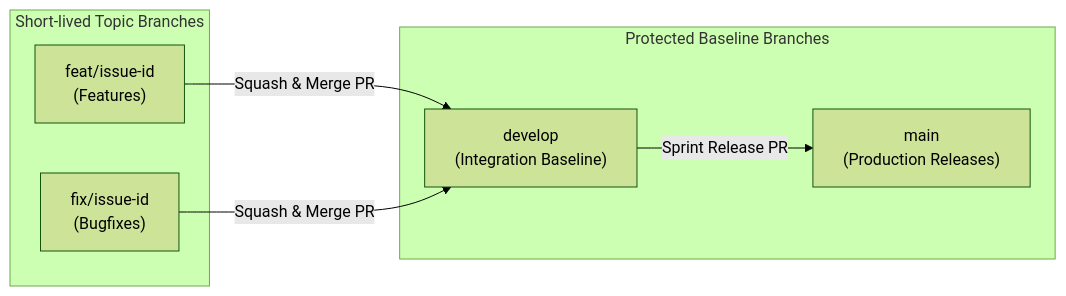
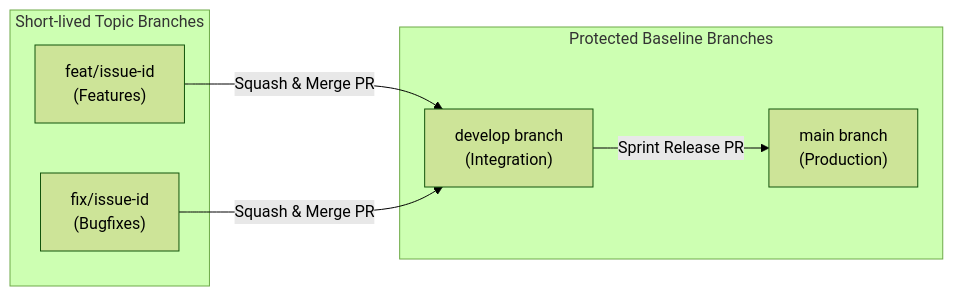
One commit to Varian08/smart-local-planner changed the third of 3 diagrams in README.md. Above: the diagram before and after it, drawn with Mermaid (forest theme). The commit also changed other lines of this file and 2 other files, not shown here.

Commit message:
docs(mermaid): break Client node into two lines and add trailing safety padding to guarantee zero text clipping

````diff
--- a/README.md
+++ b/README.md
@@ -252,16 +252,16 @@
 ```mermaid
 flowchart LR
     subgraph ProtectedBases ["Protected Baseline Branches"]
-        Main["main<br/>(Production Releases)"]
-        Develop["develop<br/>(Integration Baseline)"]
+        Main["main branch<br/>(Production)    "]
+        Develop["develop branch<br/>(Integration)    "]
     end
 
     subgraph FeatureBranches ["Short-lived Topic Branches"]
-        FeatBranch["feat/issue-id<br/>(Features)"]
-        FixBranch["fix/issue-id<br/>(Bugfixes)"]
+        FeatBranch["feat/issue-id<br/>(Features)    "]
+        FixBranch["fix/issue-id<br/>(Bugfixes)    "]
     end
 
     FeatBranch -->|"Squash & Merge PR"| Develop
     FixBranch -->|"Squash & Merge PR"| Develop
     Develop -->|"Sprint Release PR"| Main
 ```
````
